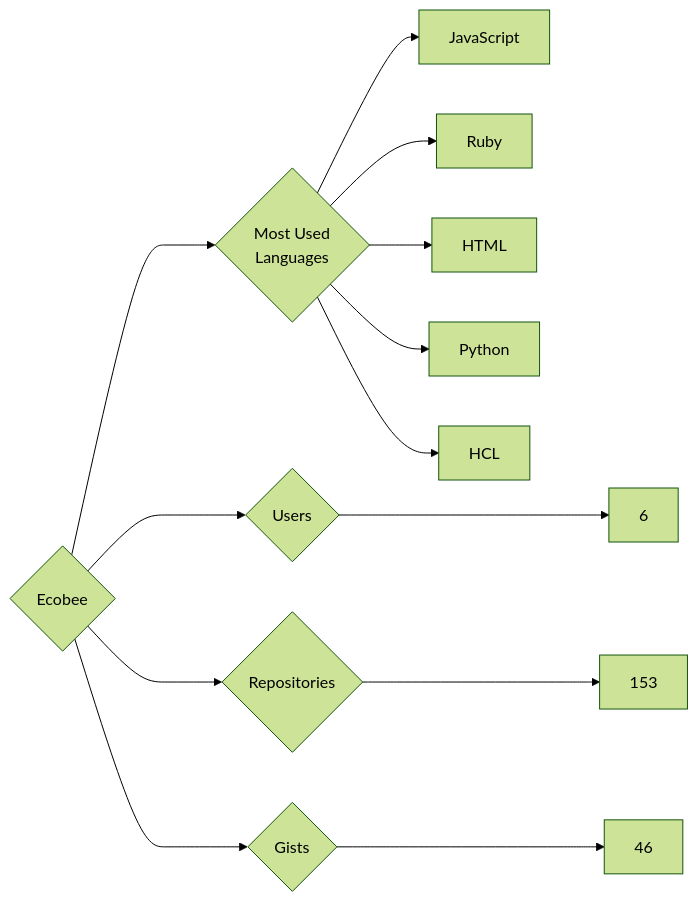
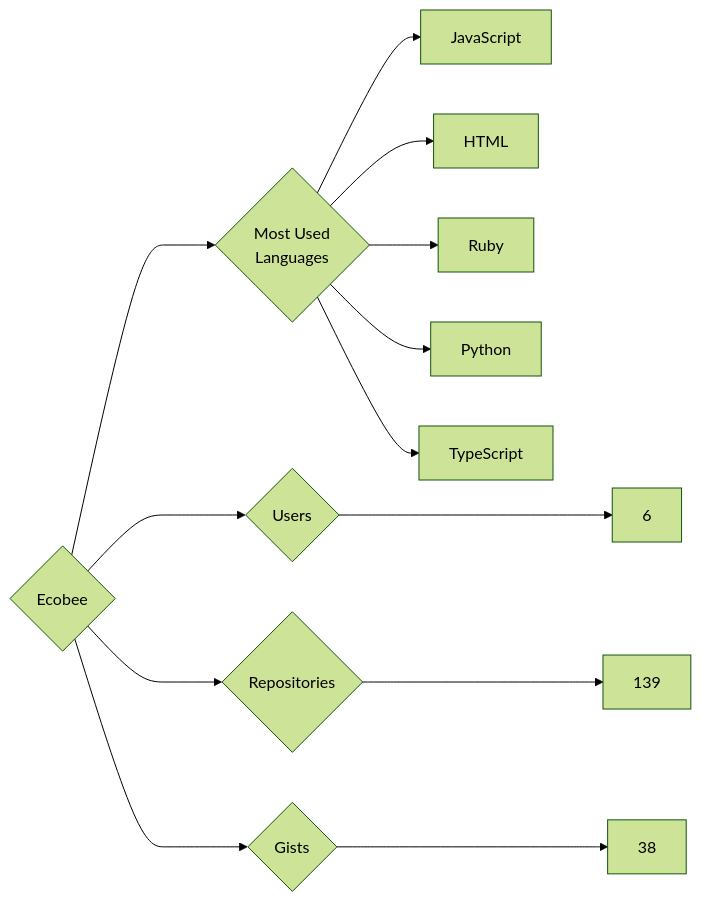
The diagram in targets/Ecobee/README.md (trickest/insiders), drawn with Mermaid (forest theme) before and after one commit. The commit also changed 1020 other files, not shown here.

````diff
--- a/targets/Ecobee/README.md
+++ b/targets/Ecobee/README.md
@@ -3,13 +3,13 @@
 ```mermaid
 graph LR
 COMPANY_NAME{Ecobee}
 COMPANY_NAME ---> U{Users} ---> UN[6]
-COMPANY_NAME ---> R{Repositories} ---> RN[153]
-COMPANY_NAME ---> G{Gists} ---> GN[46]
+COMPANY_NAME ---> R{Repositories} ---> RN[139]
+COMPANY_NAME ---> G{Gists} ---> GN[38]
 COMPANY_NAME ---> ML{Most Used<br>Languages}
 ML --> JavaScript[JavaScript]
+ML --> HTML[HTML]
 ML --> Ruby[Ruby]
-ML --> HTML[HTML]
 ML --> Python[Python]
-ML --> HCL[HCL]
+ML --> TypeScript[TypeScript]
 ```
````
